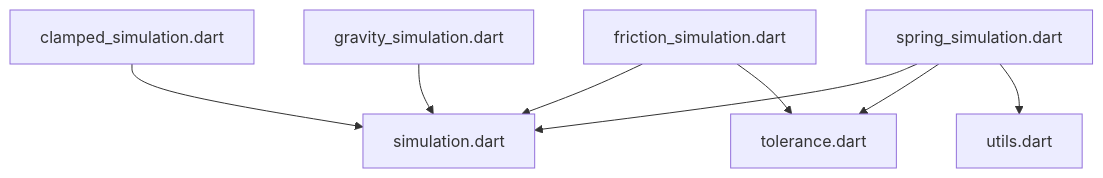
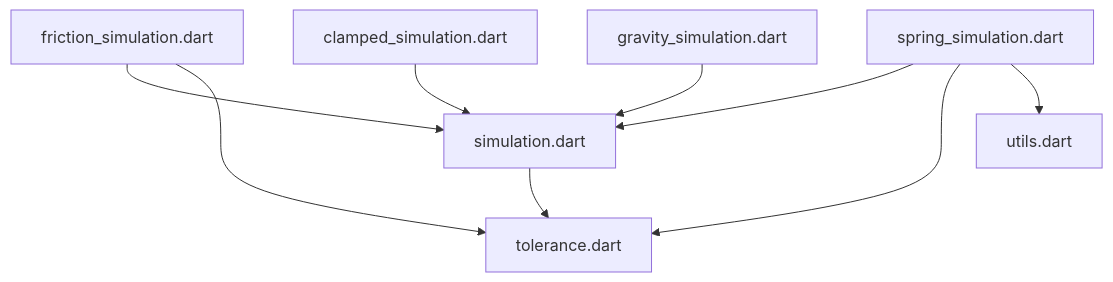
Before and after one commit to polina-c/flutter: the diagram in packages/flutter/lib/src/physics/DEPENDENCIES.md, drawn with Mermaid. The commit also changed other lines of this file and 13 other files, not shown here.

````diff
--- a/packages/flutter/lib/src/physics/DEPENDENCIES.md
+++ b/packages/flutter/lib/src/physics/DEPENDENCIES.md
@@ -5,10 +6,11 @@
 ```mermaid
 flowchart TD;
 clamped_simulation.dart-->simulation.dart;
 friction_simulation.dart-->simulation.dart;
 friction_simulation.dart-->tolerance.dart;
 gravity_simulation.dart-->simulation.dart;
+simulation.dart-->tolerance.dart;
 spring_simulation.dart-->simulation.dart;
 spring_simulation.dart-->tolerance.dart;
 spring_simulation.dart-->utils.dart;
 ```
````
